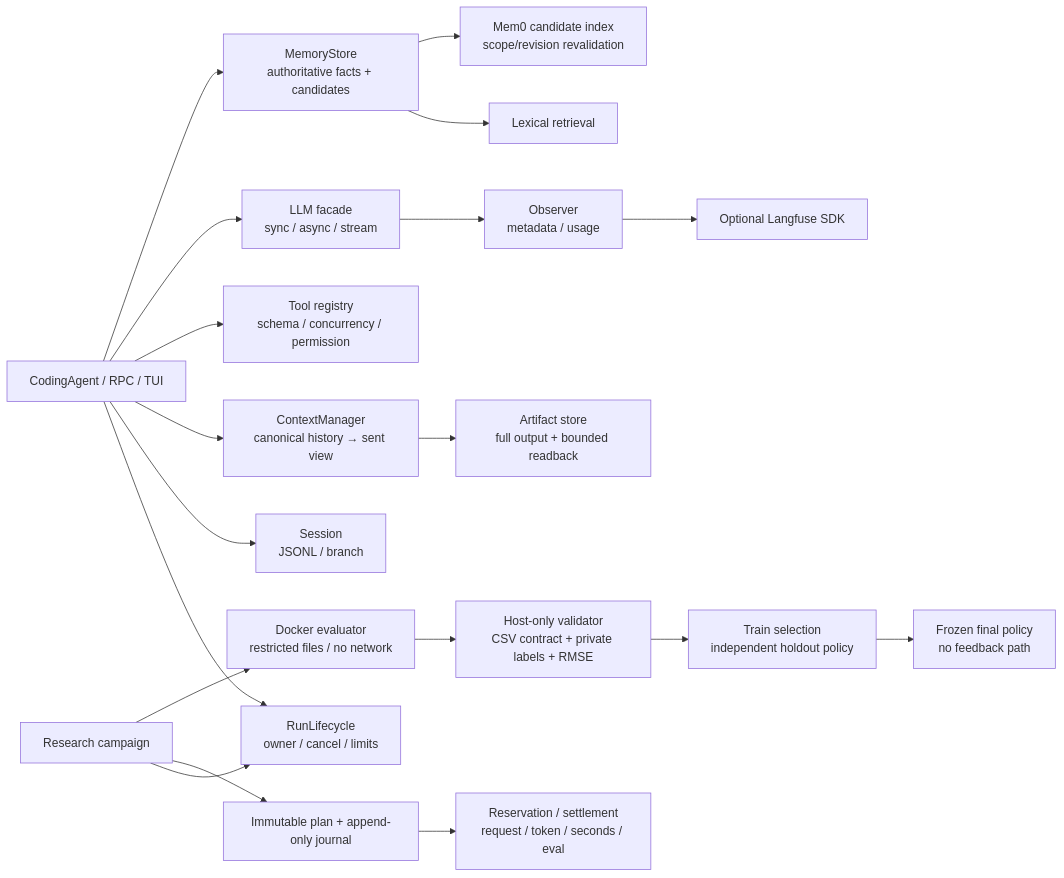
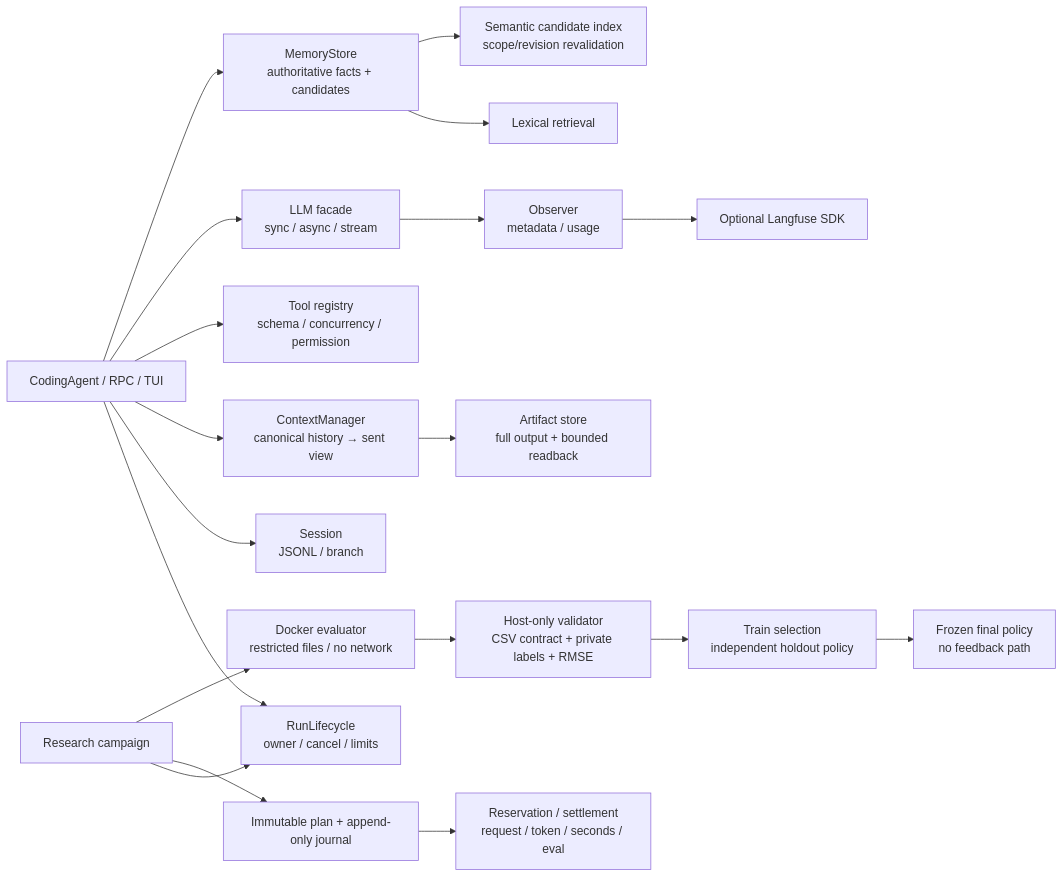
The diagram in docs/experiments/reports/interview-resume-v1.md (294962silent/my-agent-harness), drawn with Mermaid before and after one commit. The commit also changed other lines of this file and 1 other file, not shown here.

````diff
--- a/docs/experiments/reports/interview-resume-v1.md
+++ b/docs/experiments/reports/interview-resume-v1.md
@@ -50,21 +49,21 @@
 ```mermaid
 flowchart LR
     E[CodingAgent / RPC / TUI] --> R[RunLifecycle<br/>owner / cancel / limits]
     E --> S[Session<br/>JSONL / branch]
     E --> C[ContextManager<br/>canonical history → sent view]
     C --> A[Artifact store<br/>full output + bounded readback]
     E --> T[Tool registry<br/>schema / concurrency / permission]
     E --> L[LLM facade<br/>sync / async / stream]
     E --> M[MemoryStore<br/>authoritative facts + candidates]
     M --> ML[Lexical retrieval]
-    M --> MM[Mem0 candidate index<br/>scope/revision revalidation]
+    M --> MM[Semantic candidate index<br/>scope/revision revalidation]
     L --> O[Observer<br/>metadata / usage]
     O --> LF[Optional Langfuse SDK]
     X[Research campaign] --> R
     X --> P[Immutable plan + append-only journal]
     P --> B[Reservation / settlement<br/>request / token / seconds / eval]
     X --> D[Docker evaluator<br/>restricted files / no network]
     D --> H[Host-only validator<br/>CSV contract + private labels + RMSE]
     H --> Q[Train selection<br/>independent holdout policy]
     Q --> F[Frozen final policy<br/>no feedback path]
 ```
````
